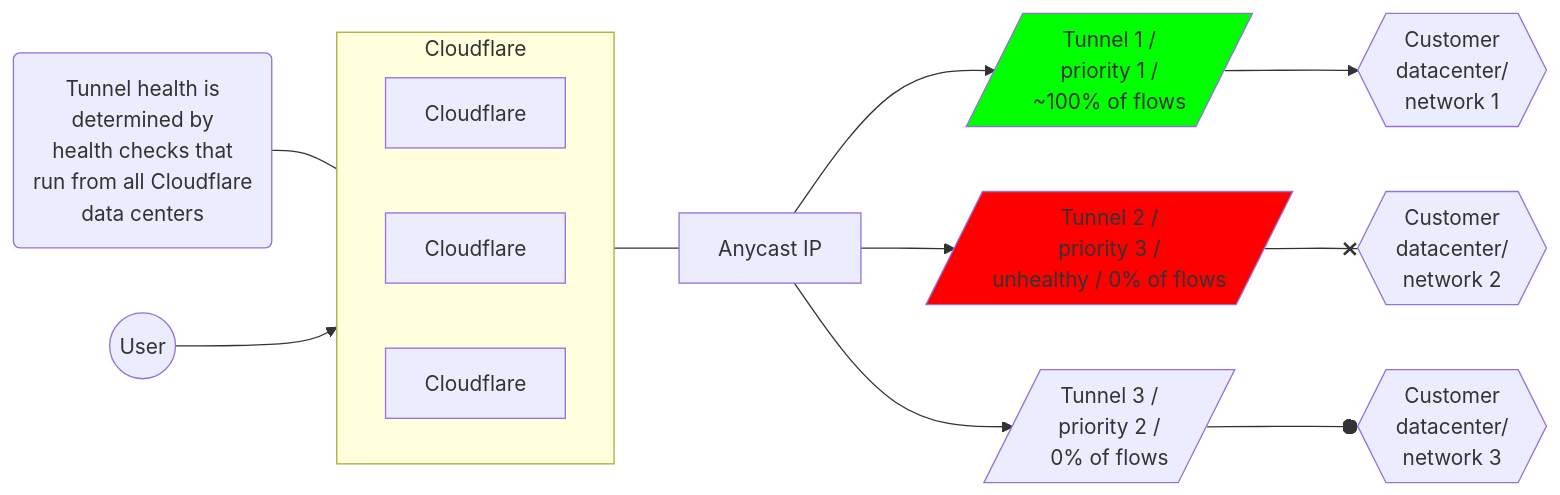
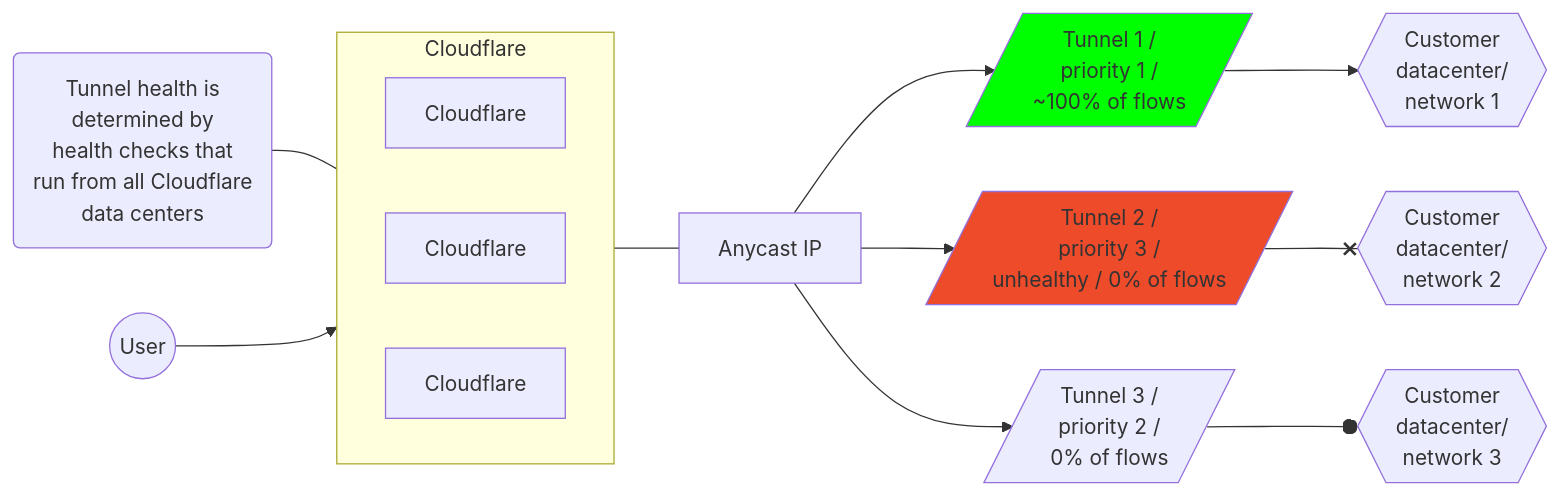
The third of 4 diagrams in content/magic-transit/_partials/_traffic-steering.md (cloudflare/cloudflare-docs), drawn with Mermaid before and after one commit. The commit also changed other lines of this file, not shown here.

Commit message:
chaged red color and removed link styling

````diff
--- a/content/magic-transit/_partials/_traffic-steering.md
+++ b/content/magic-transit/_partials/_traffic-steering.md
@@ -87,20 +87,20 @@
 ```mermaid
 flowchart LR
 accTitle: Tunnels diagram
 accDescr: This example has Tunnel 2 unhealthy, and all traffic prioritized to Tunnel 1.
 
 subgraph Cloudflare
 direction LR
 B[Cloudflare]
 C[Cloudflare]
 D[Cloudflare]
 end
 
 Z(Tunnel health is <br> determined by <br> health checks that <br> run from all Cloudflare <br> data centers) --- Cloudflare
 A((User)) --> Cloudflare --- E[Anycast IP]
 E[Anycast IP] --> F[/"Tunnel 1 / <br> priority 1 / <br> ~100% of flows"/]:::green --> I{{Customer <br> datacenter/ <br> network 1}}
 E[Anycast IP] --> G[/Tunnel 2 / <br> priority 3 / <br> unhealthy / 0% of flows/]:::red --x J{{Customer <br> datacenter/ <br> network 2}}
 E[Anycast IP] --> H[/Tunnel 3 / <br> priority 2 / <br> 0% of flows/] --o K{{Customer <br> datacenter/ <br> network 3}}
-classDef red fill:#FF0000
+classDef red fill:#EE4B2B
 classDef green fill:#00FF00
 ```
````
